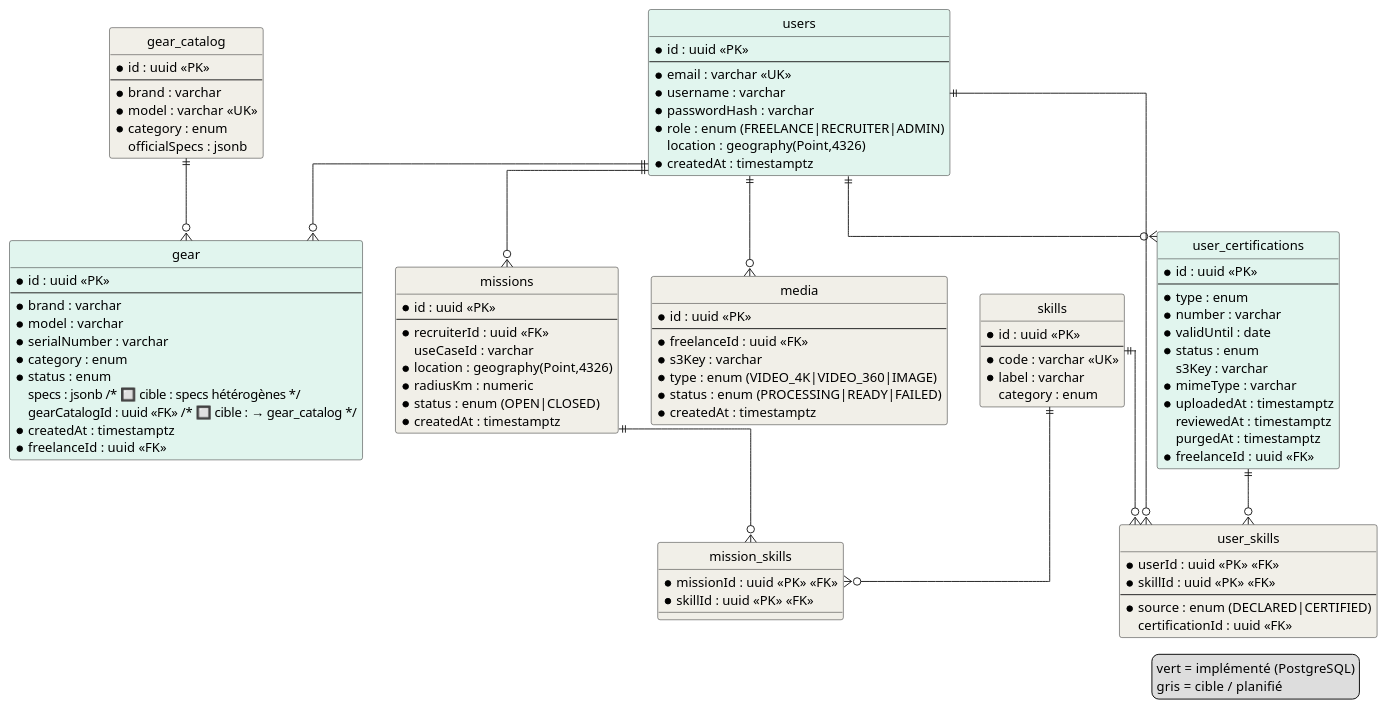
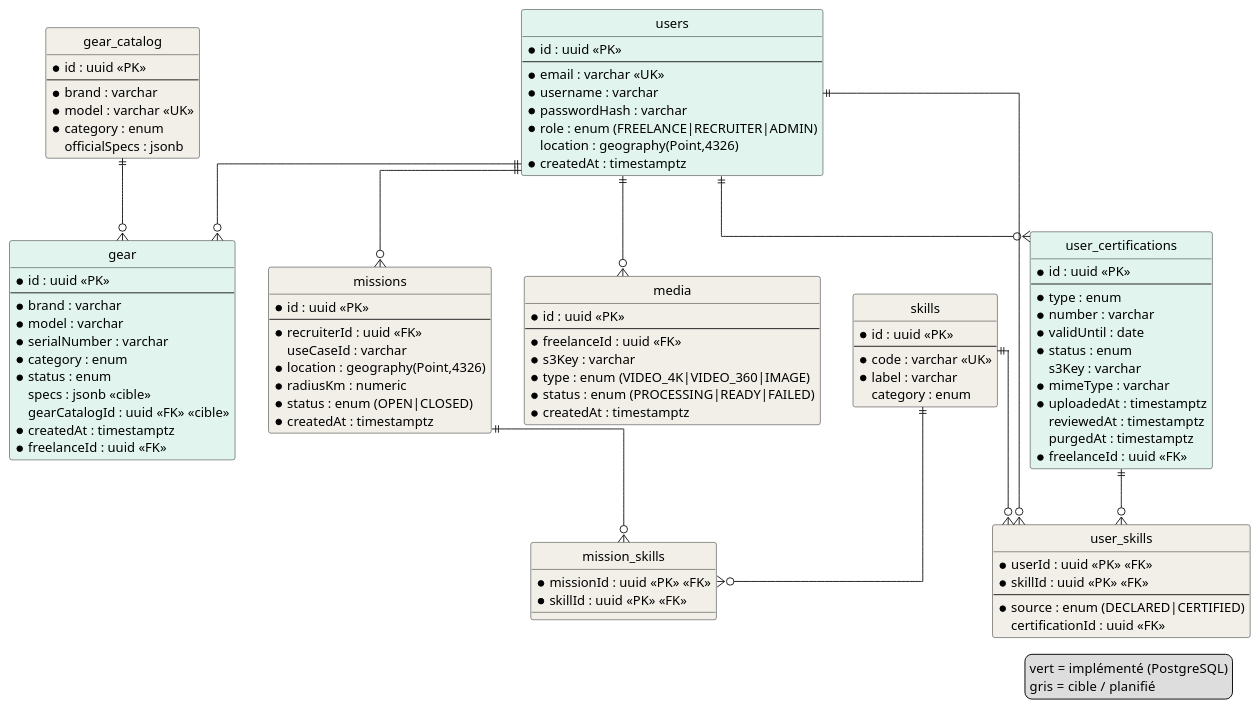
One commit to alixsanta/skillhunt changed the diagram in docs/conception/sources-MCD-MLD.md. Above: the diagram before and after it, drawn with PlantUML.

Commit message:
fix(conception): PlantUML — annotations cible en stéréotype <<cible>> (au lieu de /* */ non supporté)
Les commentaires C-style /* */ ne sont pas reconnus par PlantUML et
s'afficheraient en clair dans le rendu du MLD. Remplacés par le stéréotype
<<cible>> sur les colonnes gear.specs et gear.gearCatalogId.

```diff
--- a/docs/conception/sources-MCD-MLD.md
+++ b/docs/conception/sources-MCD-MLD.md
@@ -75,8 +75,8 @@
   * serialNumber : varchar
   * category : enum
   * status : enum
-  specs : jsonb  /* 🔲 cible : specs hétérogènes */
-  gearCatalogId : uuid <<FK>>  /* 🔲 cible : → gear_catalog */
+  specs : jsonb <<cible>>
+  gearCatalogId : uuid <<FK>> <<cible>>
   * createdAt : timestamptz
   * freelanceId : uuid <<FK>>
 }
```
